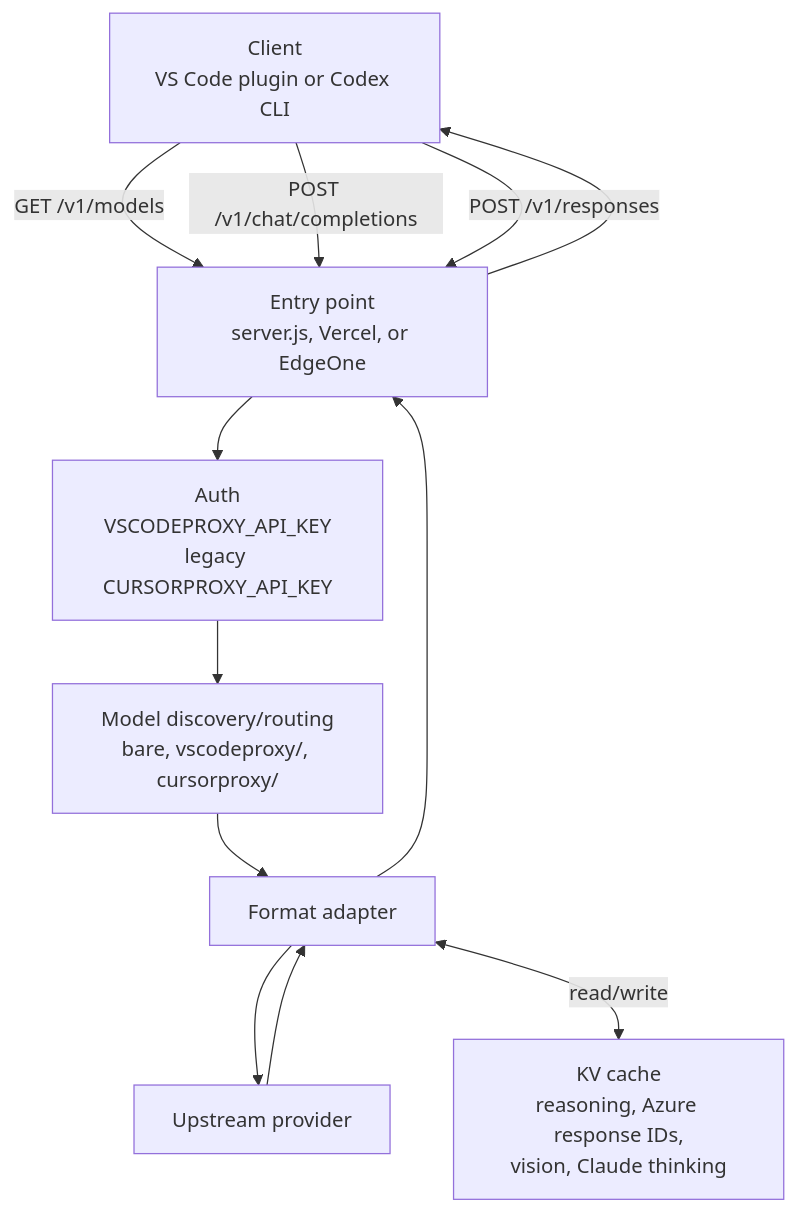
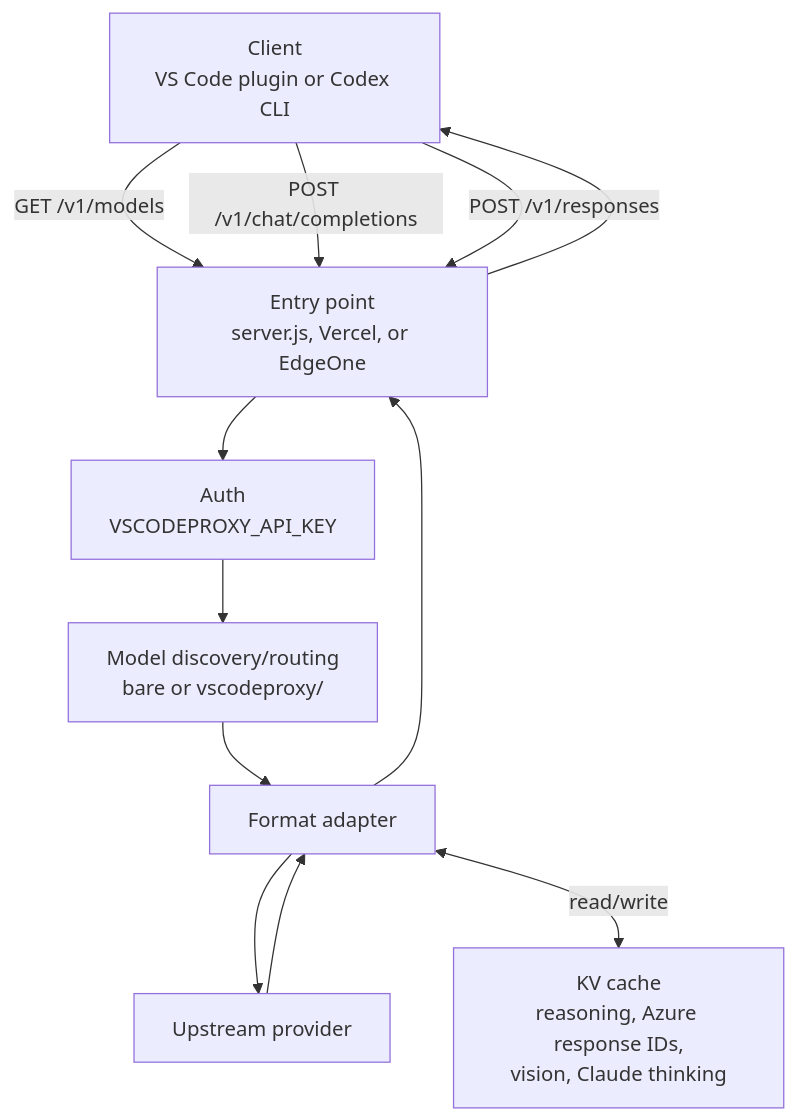
Before and after one commit to lqdflying/cliProxy: the diagram in doc/architecture-overview.md, drawn with Mermaid. The commit also changed other lines of this file and 14 other files, not shown here.

````diff
--- a/doc/architecture-overview.md
+++ b/doc/architecture-overview.md
@@ -12,17 +12,17 @@
 ```mermaid
 flowchart TD
     C["Client\nVS Code plugin or Codex CLI"]
     E["Entry point\nserver.js, Vercel, or EdgeOne"]
-    A["Auth\nVSCODEPROXY_API_KEY\nlegacy CURSORPROXY_API_KEY"]
-    M["Model discovery/routing\nbare, vscodeproxy/, cursorproxy/"]
+    A["Auth\nVSCODEPROXY_API_KEY"]
+    M["Model discovery/routing\nbare or vscodeproxy/"]
     F["Format adapter"]
     K["KV cache\nreasoning, Azure response IDs,\nvision, Claude thinking"]
     U["Upstream provider"]
 
     C -->|"GET /v1/models"| E
     C -->|"POST /v1/chat/completions"| E
     C -->|"POST /v1/responses"| E
     E --> A --> M --> F --> U
     F <-->|read/write| K
     U --> F --> E --> C
 ```
````
